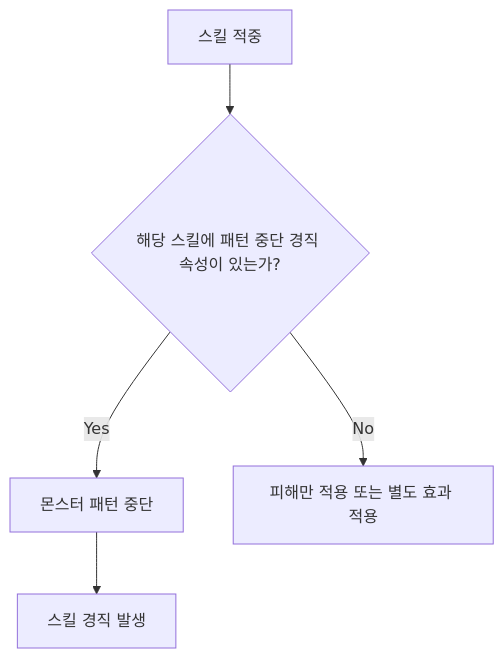
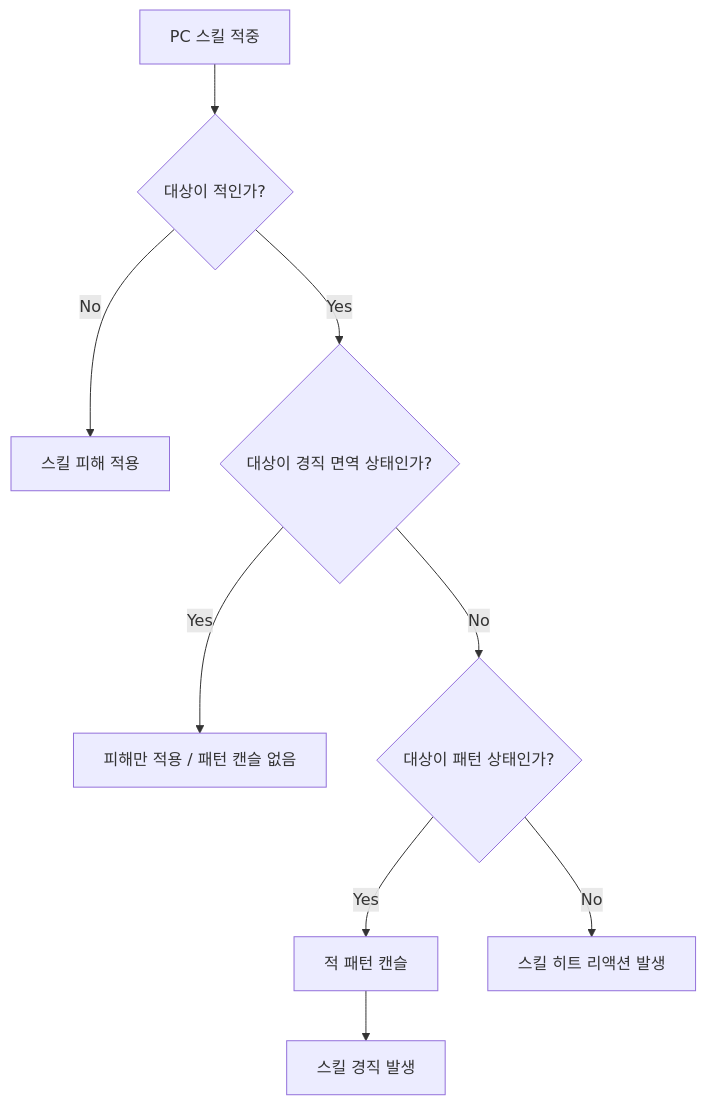
Before and after one commit to Woogl/ProjectWx: the third of 5 diagrams in Docs/CombatDesign/CombatCommon/캐릭터 경직.md, drawn with Mermaid. The commit also changed other lines of this file and 1 other file, not shown here.

````diff
--- a/Docs/CombatDesign/CombatCommon/캐릭터 경직.md
+++ b/Docs/CombatDesign/CombatCommon/캐릭터 경직.md
@@ -219,7 +406,11 @@
 ```mermaid
 flowchart TD
-    A[스킬 적중] --> B{해당 스킬에 패턴 중단 경직 속성이 있는가?}
-    B -- Yes --> C[몬스터 패턴 중단]
-    C --> D[스킬 경직 발생]
-    B -- No --> E[피해만 적용 또는 별도 효과 적용]
+    A[PC 스킬 적중] --> B{대상이 적인가?}
+    B -- No --> C[스킬 피해 적용]
+    B -- Yes --> D{대상이 경직 면역 상태인가?}
+    D -- Yes --> E[피해만 적용 / 패턴 캔슬 없음]
+    D -- No --> F{대상이 패턴 상태인가?}
+    F -- Yes --> G[적 패턴 캔슬]
+    G --> H[스킬 경직 발생]
+    F -- No --> I[스킬 히트 리액션 발생]
 ```
````
